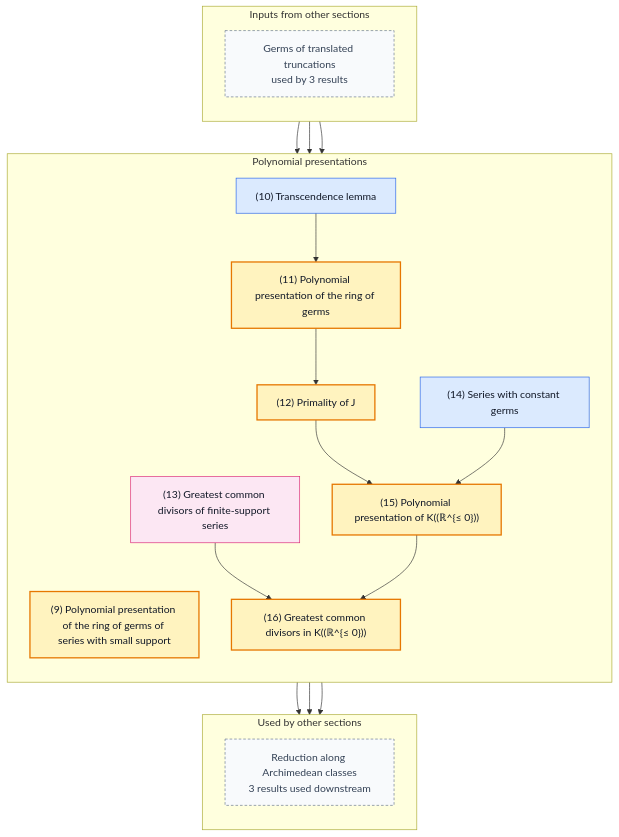
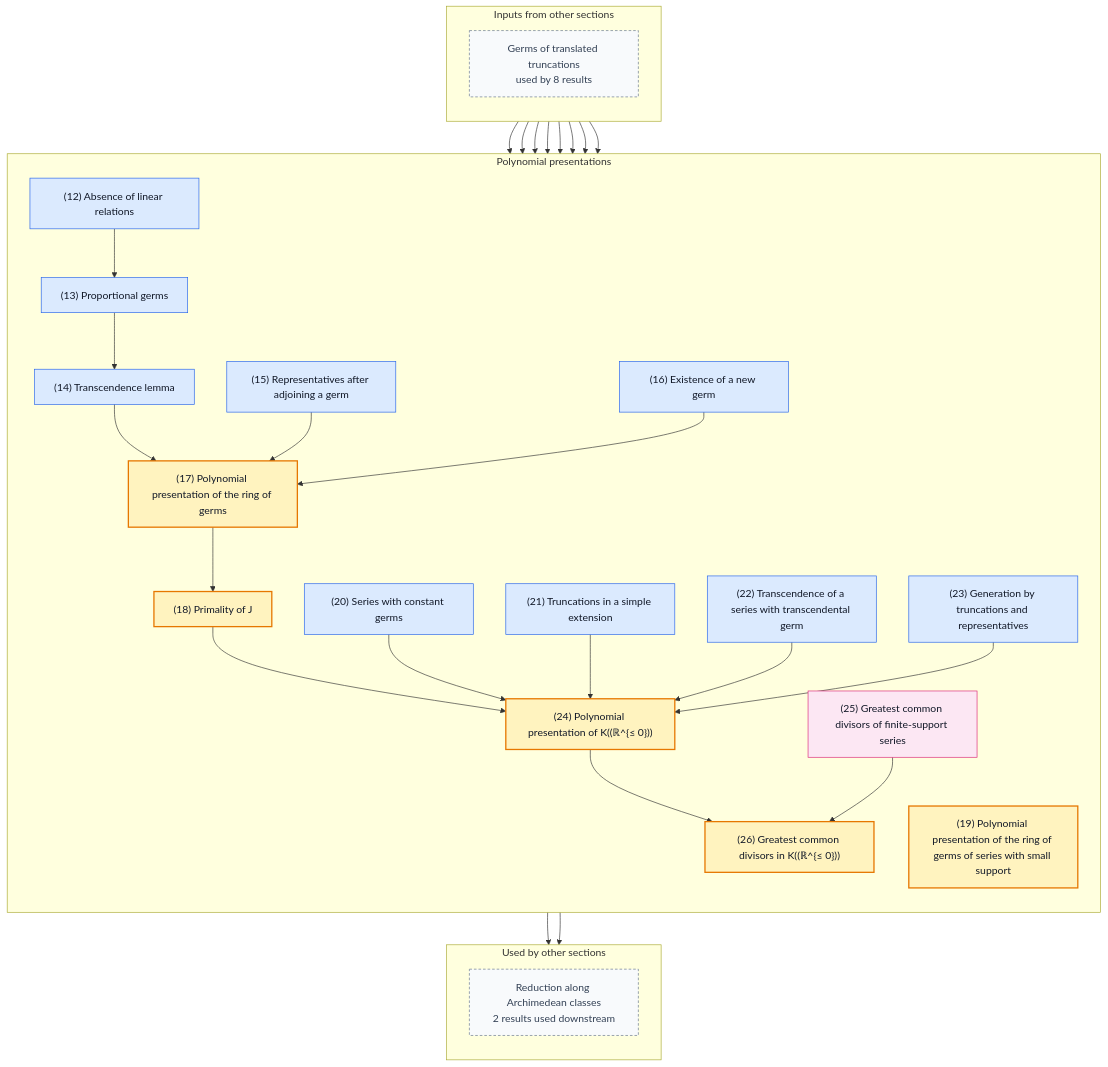
Before and after one commit to gaearon/conway-refinement: the third of 5 diagrams in README.md, drawn with Mermaid. The commit also changed other lines of this file and 46 other files, not shown here.

````diff
--- a/README.md
+++ b/README.md
@@ -248,54 +261,79 @@
 ```mermaid
 %% Generated by scripts/blueprint.sh; do not edit.
 %% Other sections are compressed to boundary nodes.
 %% Solid arrows are proof dependencies; dashed arrows are statement dependencies.
 flowchart TB
   subgraph inputs["Inputs from other sections"]
     direction TB
-    in0["Germs of translated truncations<br/>used by 3 results"]:::boundary
+    in0["Germs of translated truncations<br/>used by 8 results"]:::boundary
   end
   subgraph current["Polynomial presentations"]
     direction TB
-    n009["(9) Polynomial presentation of the ring of germs of series with small support"]:::theorem
-    n010["(10) Transcendence lemma"]:::lemma
-    n011["(11) Polynomial presentation of the ring of germs"]:::theorem
-    n012["(12) Primality of J"]:::theorem
-    n013["(13) Greatest common divisors of finite-support series"]:::fact
-    n014["(14) Series with constant germs"]:::lemma
-    n015["(15) Polynomial presentation of K((ℝ^{≤ 0}))"]:::theorem
-    n016["(16) Greatest common divisors in K((ℝ^{≤ 0}))"]:::theorem
+    n012["(12) Absence of linear relations"]:::lemma
+    n013["(13) Proportional germs"]:::lemma
+    n014["(14) Transcendence lemma"]:::lemma
+    n015["(15) Representatives after adjoining a germ"]:::lemma
+    n016["(16) Existence of a new germ"]:::lemma
+    n017["(17) Polynomial presentation of the ring of germs"]:::theorem
+    n018["(18) Primality of J"]:::theorem
+    n019["(19) Polynomial presentation of the ring of germs of series with small support"]:::theorem
+    n020["(20) Series with constant germs"]:::lemma
+    n021["(21) Truncations in a simple extension"]:::lemma
+    n022["(22) Transcendence of a series with transcendental germ"]:::lemma
+    n023["(23) Generation by truncations and representatives"]:::lemma
+    n024["(24) Polynomial presentation of K((ℝ^{≤ 0}))"]:::theorem
+    n025["(25) Greatest common divisors of finite-support series"]:::fact
+    n026["(26) Greatest common divisors in K((ℝ^{≤ 0}))"]:::theorem
   end
   subgraph outputs["Used by other sections"]
     direction TB
-    out0["Reduction along Archimedean classes<br/>3 results used downstream"]:::boundary
+    out0["Reduction along Archimedean classes<br/>2 results used downstream"]:::boundary
   end
 
-  n010 --> n011
-  n011 --> n012
-  n012 --> n015
-  n014 --> n015
-  n013 --> n016
-  n015 --> n016
-  in0 --> n009
-  in0 --> n010
-  in0 --> n014
-  n011 --> out0
-  n016 --> out0
-  n009 --> out0
-  click n009 "https://gaearon.github.io/conway-refinement/#/result/bounded-hahn-germ-polynomial-algebra" "Open the statement for theorem 9"
-  click n010 "https://gaearon.github.io/conway-refinement/#/result/transcendence" "Open the statement for lemma 10"
-  click n011 "https://gaearon.github.io/conway-refinement/#/result/complete-hahn-germ-polynomial-algebra" "Open the statement for theorem 11"
-  click n012 "https://gaearon.github.io/conway-refinement/#/result/bounded-away-ideal-prime" "Open the statement for theorem 12"
-  click n013 "https://gaearon.github.io/conway-refinement/#/result/finite-support-hahn-gcd" "Open the statement for fact 13"
-  click n014 "https://gaearon.github.io/conway-refinement/#/result/constant-germs-finite-support" "Open the statement for lemma 14"
-  click n015 "https://gaearon.github.io/conway-refinement/#/result/hahn-series-polynomial-algebra" "Open the statement for theorem 15"
-  click n016 "https://gaearon.github.io/conway-refinement/#/result/hahn-series-gcd-domain" "Open the statement for theorem 16"
+  n012 --> n013
+  n013 --> n014
+  n014 --> n017
+  n015 --> n017
+  n016 --> n017
+  n017 --> n018
+  n018 --> n024
+  n020 --> n024
+  n021 --> n024
+  n022 --> n024
+  n023 --> n024
+  n024 --> n026
+  n025 --> n026
+  in0 --> n012
+  in0 --> n015
+  in0 --> n016
+  in0 --> n019
+  in0 --> n020
+  in0 --> n021
+  in0 --> n022
+  in0 --> n023
+  n026 --> out0
+  n019 --> out0
+  click n012 "https://gaearon.github.io/conway-refinement/#/result/no-linear-relation" "Open the statement for lemma 12"
+  click n013 "https://gaearon.github.io/conway-refinement/#/result/proportionality" "Open the statement for lemma 13"
+  click n014 "https://gaearon.github.io/conway-refinement/#/result/transcendence" "Open the statement for lemma 14"
+  click n015 "https://gaearon.github.io/conway-refinement/#/result/representatives-adjoin" "Open the statement for lemma 15"
+  click n016 "https://gaearon.github.io/conway-refinement/#/result/new-germ" "Open the statement for lemma 16"
+  click n017 "https://gaearon.github.io/conway-refinement/#/result/complete-hahn-germ-polynomial-algebra" "Open the statement for theorem 17"
+  click n018 "https://gaearon.github.io/conway-refinement/#/result/bounded-away-ideal-prime" "Open the statement for theorem 18"
+  click n019 "https://gaearon.github.io/conway-refinement/#/result/bounded-hahn-germ-polynomial-algebra" "Open the statement for theorem 19"
+  click n020 "https://gaearon.github.io/conway-refinement/#/result/constant-germs-finite-support" "Open the statement for lemma 20"
+  click n021 "https://gaearon.github.io/conway-refinement/#/result/truncations-of-simple-extension" "Open the statement for lemma 21"
+  click n022 "https://gaearon.github.io/conway-refinement/#/result/transcendental-series" "Open the statement for lemma 22"
+  click n023 "https://gaearon.github.io/conway-refinement/#/result/series-generation" "Open the statement for lemma 23"
+  click n024 "https://gaearon.github.io/conway-refinement/#/result/hahn-series-polynomial-algebra" "Open the statement for theorem 24"
+  click n025 "https://gaearon.github.io/conway-refinement/#/result/finite-support-hahn-gcd" "Open the statement for fact 25"
+  click n026 "https://gaearon.github.io/conway-refinement/#/result/hahn-series-gcd-domain" "Open the statement for theorem 26"
 
   classDef theorem fill:#fff3bf,stroke:#e67700,stroke-width:2px,color:#111827
   classDef definition fill:#f3f4f6,stroke:#4b5563,color:#111827
   classDef lemma fill:#dbeafe,stroke:#2563eb,color:#111827
   classDef proposition fill:#ede9fe,stroke:#7c3aed,color:#111827
   classDef corollary fill:#dcfce7,stroke:#16a34a,color:#111827
   classDef fact fill:#fce7f3,stroke:#db2777,color:#111827
   classDef boundary fill:#f8fafc,stroke:#64748b,stroke-dasharray:4 3,color:#334155
 ```
````
